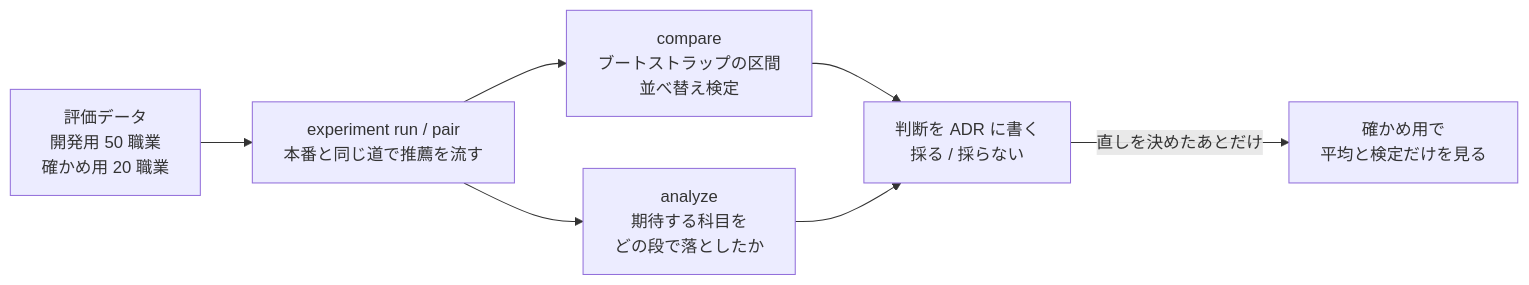
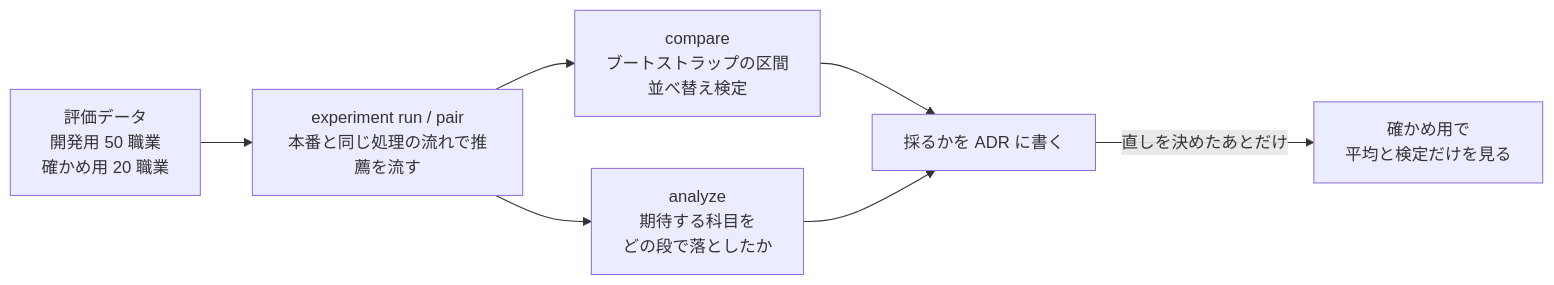
One commit to h11roki/Shirube changed the second of 3 diagrams in README.md. Above: the diagram before and after it, drawn with Mermaid. The commit also changed other lines of this file and 12 other files, not shown here.

````diff
--- a/README.md
+++ b/README.md
@@ -98,9 +103,9 @@
 ```mermaid
 flowchart LR
-  D[評価データ<br/>開発用 50 職業<br/>確かめ用 20 職業] --> E[experiment run / pair<br/>本番と同じ道で推薦を流す]
+  D[評価データ<br/>開発用 50 職業<br/>確かめ用 20 職業] --> E[experiment run / pair<br/>本番と同じ処理の流れで推薦を流す]
   E --> M[compare<br/>ブートストラップの区間<br/>並べ替え検定]
   E --> A[analyze<br/>期待する科目を<br/>どの段で落としたか]
-  M --> H[判断を ADR に書く<br/>採る / 採らない]
+  M --> H[採るかを ADR に書く]
   A --> H
   H -->|直しを決めたあとだけ| V[確かめ用で<br/>平均と検定だけを見る]
 ```
````
